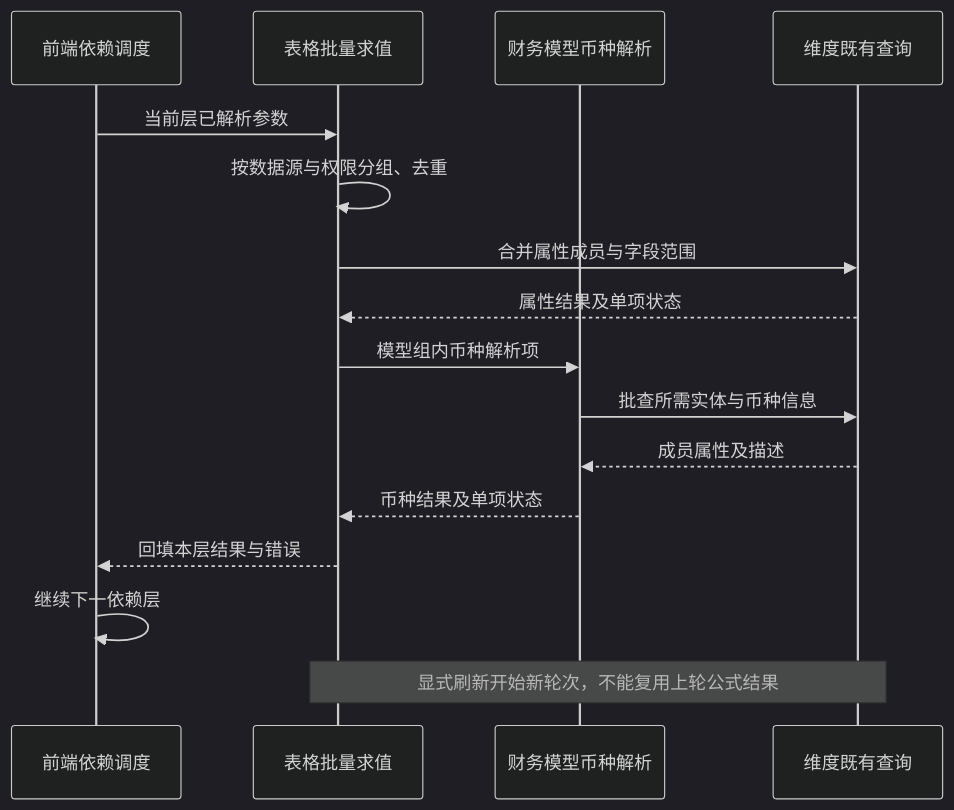
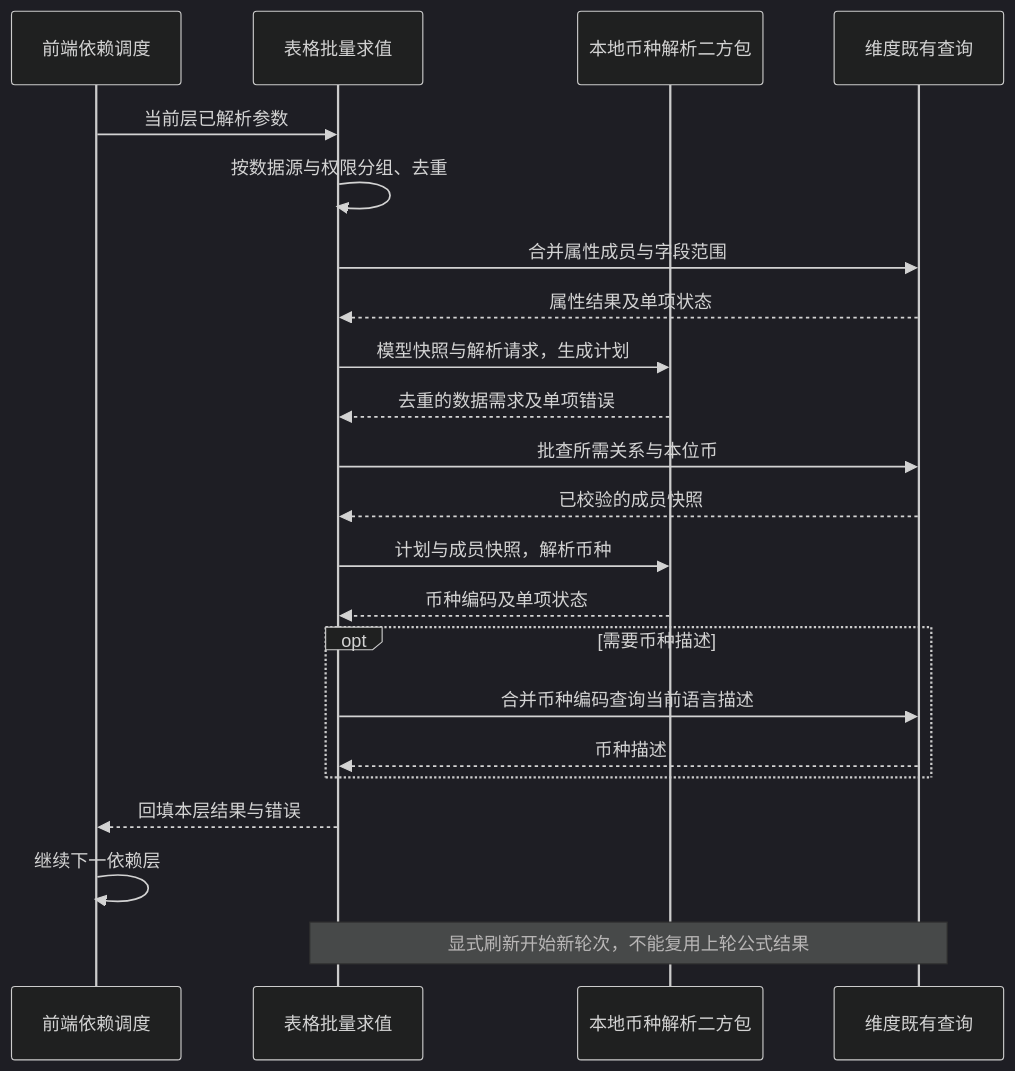
Before and after one commit to Honkey-y/docs: the fifth of 5 diagrams in DeepFos/电子表格/筛选器属性与币种公式/规划/功能与后端规范.md, drawn with Mermaid (dark theme). The commit also changed other lines of this file and 4 other files, not shown here.

````diff
--- a/DeepFos/电子表格/筛选器属性与币种公式/规划/功能与后端规范.md
+++ b/DeepFos/电子表格/筛选器属性与币种公式/规划/功能与后端规范.md
@@ -270,18 +294,24 @@
 ```mermaid
 sequenceDiagram
     participant P as 前端依赖调度
     participant T as 表格批量求值
-    participant M as 财务模型币种解析
+    participant L as 本地币种解析二方包
     participant D as 维度既有查询
     P->>T: 当前层已解析参数
     T->>T: 按数据源与权限分组、去重
     T->>D: 合并属性成员与字段范围
     D-->>T: 属性结果及单项状态
-    T->>M: 模型组内币种解析项
-    M->>D: 批查所需实体与币种信息
-    D-->>M: 成员属性及描述
-    M-->>T: 币种结果及单项状态
+    T->>L: 模型快照与解析请求，生成计划
+    L-->>T: 去重的数据需求及单项错误
+    T->>D: 批查所需关系与本位币
+    D-->>T: 已校验的成员快照
+    T->>L: 计划与成员快照，解析币种
+    L-->>T: 币种编码及单项状态
+    opt 需要币种描述
+        T->>D: 合并币种编码查询当前语言描述
+        D-->>T: 币种描述
+    end
     T-->>P: 回填本层结果与错误
     P->>P: 继续下一依赖层
     Note over T,D: 显式刷新开始新轮次，不能复用上轮公式结果
 ```
````
